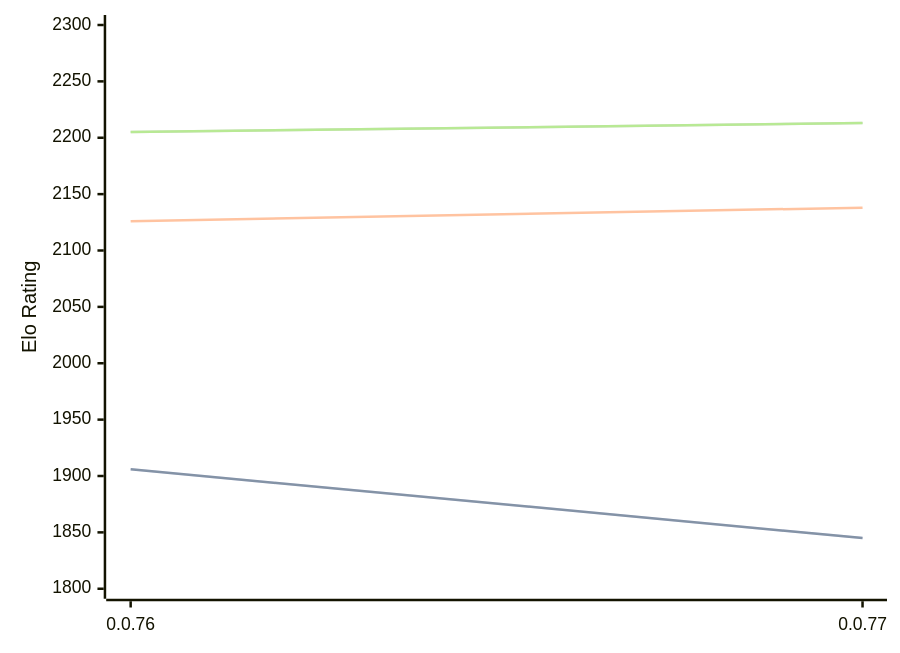
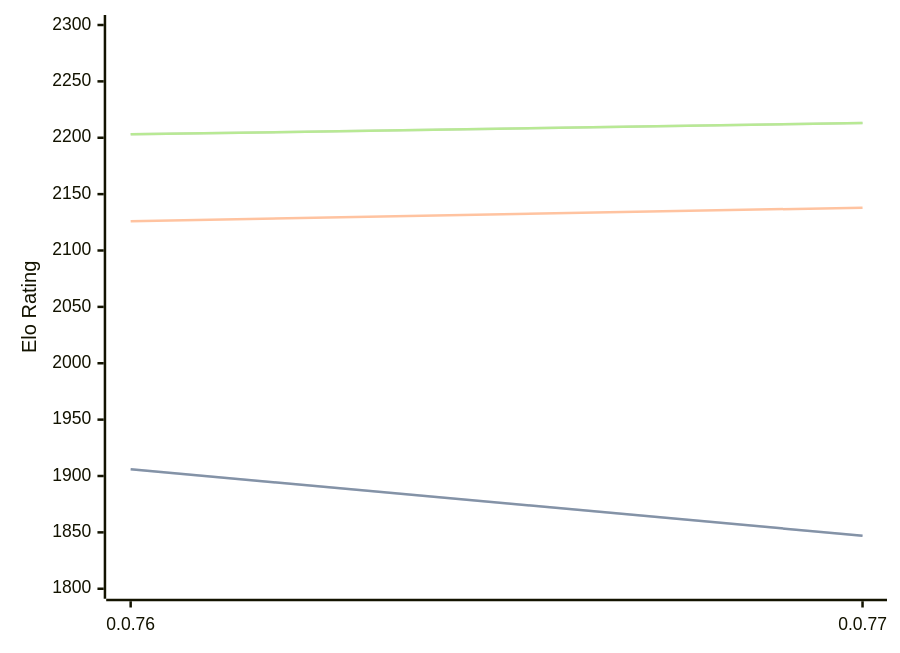
Before and after one commit to computer-chess-index/cci: the first of 3 diagrams in engines/Fktb.md, drawn with Mermaid. The commit also changed other lines of this file, not shown here.

Commit message:
Update CCI Ratings (ELO VLTC) - 2026-07-10

````diff
--- a/engines/Fktb.md
+++ b/engines/Fktb.md
@@ -32,11 +32,11 @@
 ```mermaid
 %%{init: {"theme":"base","themeVariables":{"seriesColors:['#a3a3a3','#222221','#faa371']}}}%%
 xychart-beta
   x-axis ["0.0.76", "0.0.77"]
   y-axis "Elo Rating" 1800 --> 2300
-  line "STC (8.0+0.08s)" [1906, 1845]
-  line "STC (8.0+0.08s)" [1906, 1845]
+  line "STC (8.0+0.08s)" [1906, 1847]
+  line "STC (8.0+0.08s)" [1906, 1847]
   line "LTC (60.0+0.60s)" [2126, 2138]
-  line "VLTC (2m24s+1.12s)" [2205, 2213]
-  line "VLTC (2m24s+1.12s)" [2205, 2213]
+  line "VLTC (2m24s+1.12s)" [2203, 2213]
+  line "VLTC (2m24s+1.12s)" [2203, 2213]
 ```
````
